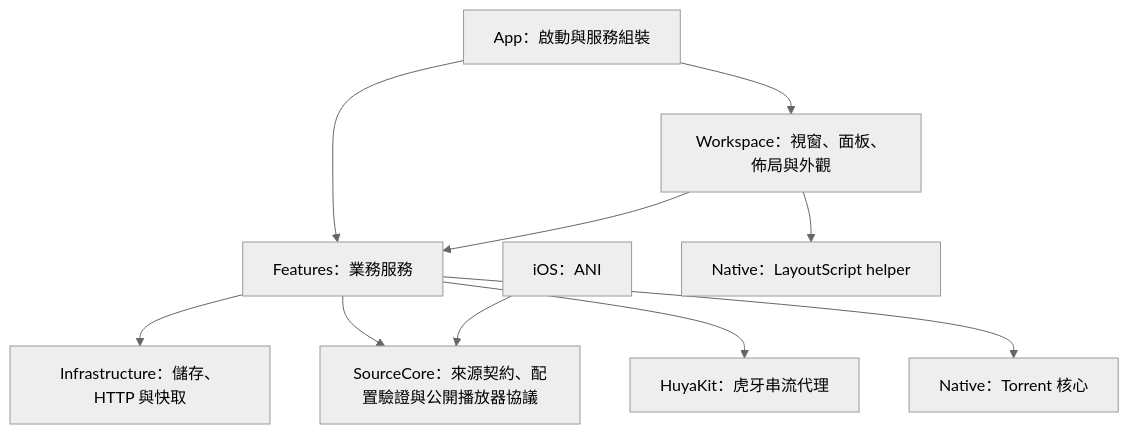
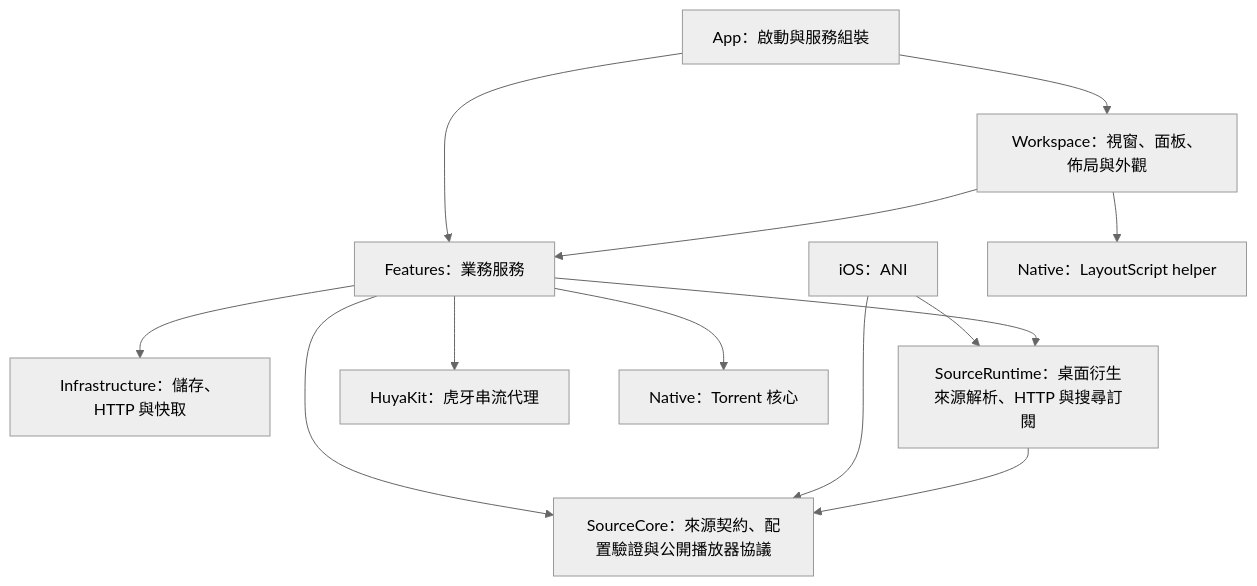
One commit to Vianssr/iina-ani changed the diagram in docs/architecture/PROJECT.md. Above: the diagram before and after it, drawn with Mermaid (neutral theme). The commit also changed other lines of this file and 182 other files, not shown here.

````diff
--- a/docs/architecture/PROJECT.md
+++ b/docs/architecture/PROJECT.md
@@ -9,12 +9,15 @@
 ```mermaid
 flowchart TD
     App[App：啟動與服務組裝] --> Workspace[Workspace：視窗、面板、佈局與外觀]
     App --> Features[Features：業務服務]
     Workspace --> Features
     Features --> Infrastructure[Infrastructure：儲存、HTTP 與快取]
     Features --> SourceCore[SourceCore：來源契約、配置驗證與公開播放器協議]
     iOS[iOS：ANI] --> SourceCore
+    iOS --> SourceRuntime[SourceRuntime：桌面衍生來源解析、HTTP 與搜尋訂閱]
+    Features --> SourceRuntime
+    SourceRuntime --> SourceCore
     Features --> HuyaKit[HuyaKit：虎牙串流代理]
     Features --> Torrent[Native：Torrent 核心]
     Workspace --> LayoutScript[Native：LayoutScript helper]
 ```
````
